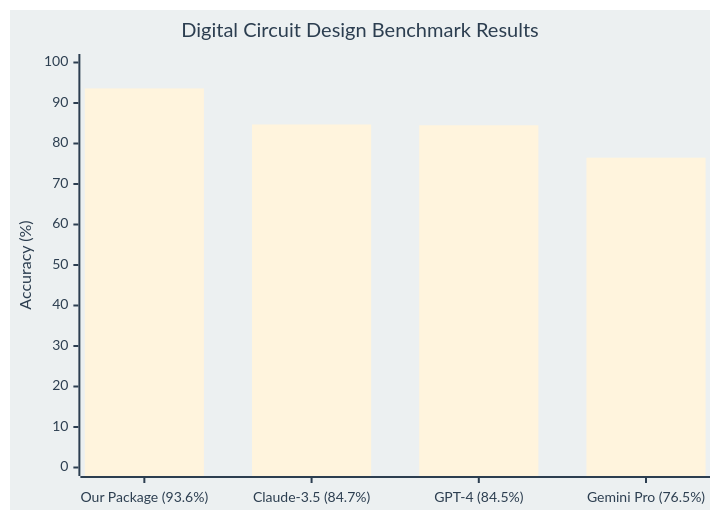
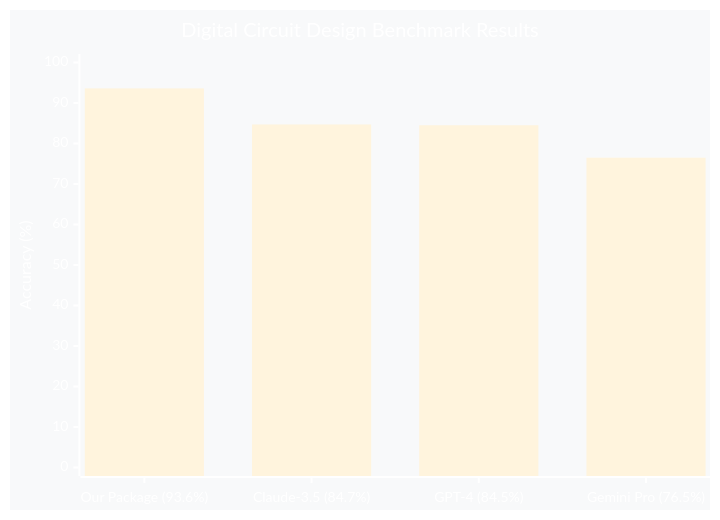
The first of 4 diagrams in README.md (duonggiang156/banchmark-edabk), drawn with Mermaid before and after one commit. The commit also changed other lines of this file, not shown here.

````diff
--- a/README.md
+++ b/README.md
@@ -188,8 +192,8 @@
 ```mermaid
-%%{init: {'theme':'base', 'themeVariables': { 'primaryColor': '#E67E22', 'primaryTextColor': '#2C3E50', 'primaryBorderColor': '#D35400', 'lineColor': '#BDC3C7', 'secondaryColor': '#3498DB', 'tertiaryColor': '#95A5A6', 'background': '#ECF0F1', 'mainBkg': '#FFFFFF'}}}%%
+%%{init: {'theme':'base', 'themeVariables': { 'primaryColor': '#2E8B57', 'primaryTextColor': '#FFFFFF', 'primaryBorderColor': '#1F5F3F', 'lineColor': '#34495E', 'secondaryColor': '#E74C3C', 'tertiaryColor': '#F39C12', 'background': '#F8F9FA', 'mainBkg': '#FFFFFF', 'cScale0': '#2E8B57', 'cScale1': '#3498DB', 'cScale2': '#E67E22', 'cScale3': '#E74C3C'}}}%%
 xychart-beta
     title "Digital Circuit Design Benchmark Results"
     x-axis ["Our Package (93.6%)", "Claude-3.5 (84.7%)", "GPT-4 (84.5%)", "Gemini Pro (76.5%)"]
     y-axis "Accuracy (%)" 0 --> 100
     bar [93.6, 84.7, 84.5, 76.5]
 ```
````
